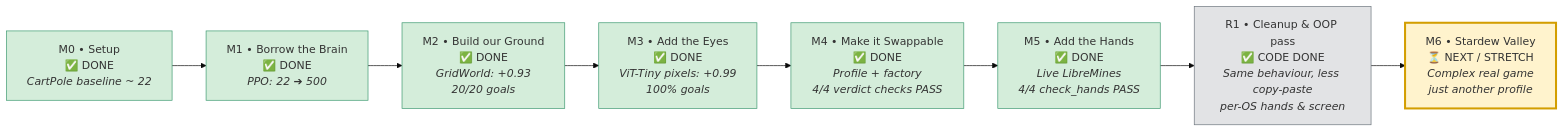
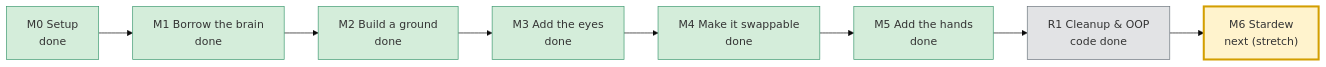
Before and after one commit to Showerss/GameTrainer: diagram 14 of 14 in docs/UML_FULL.md, drawn with Mermaid (base theme). The commit also changed other lines of this file and 36 other files, not shown here.

First line of the commit message:
R1 docs rewrite, UML truth pass, MIT license

````diff
--- a/docs/UML_FULL.md
+++ b/docs/UML_FULL.md
@@ -801,22 +1001,14 @@
 ```mermaid
 flowchart LR
-    M0["M0 • Setup<br/>✅ DONE<br/><i>CartPole baseline ~ 22</i>"]
-    M1["M1 • Borrow the Brain<br/>✅ DONE<br/><i>PPO: 22 ➔ 500</i>"]
-    M2["M2 • Build our Ground<br/>✅ DONE<br/><i>GridWorld: +0.93<br/>20/20 goals</i>"]
-    M3["M3 • Add the Eyes<br/>✅ DONE<br/><i>ViT-Tiny pixels: +0.99<br/>100% goals</i>"]
-    M4["M4 • Make it Swappable<br/>✅ DONE<br/><i>Profile + factory<br/>4/4 verdict checks PASS</i>"]
-    M5["M5 • Add the Hands<br/>✅ DONE<br/><i>Live LibreMines<br/>4/4 check_hands PASS</i>"]
-    R1["R1 • Cleanup & OOP pass<br/>✅ CODE DONE<br/><i>Same behaviour, less copy-paste<br/>per-OS hands & screen</i>"]
-    M6["M6 • Stardew Valley<br/>⏳ NEXT / STRETCH<br/><i>Complex real game<br/>just another profile</i>"]
-
-    M0 --> M1 --> M2 --> M3 --> M4 --> M5 --> R1 --> M6
+    M0["M0 Setup<br/>done"] --> M1["M1 Borrow the brain<br/>done"] --> M2["M2 Build a ground<br/>done"] --> M3["M3 Add the eyes<br/>done"]
+    M3 --> M4["M4 Make it swappable<br/>done"] --> M5["M5 Add the hands<br/>done"] --> R1["R1 Cleanup & OOP<br/>code done"] --> M6["M6 Stardew<br/>next (stretch)"]
 
     style M0 fill:#d4edda,stroke:#3d9970
     style M1 fill:#d4edda,stroke:#3d9970
     style M2 fill:#d4edda,stroke:#3d9970
     style M3 fill:#d4edda,stroke:#3d9970
     style M4 fill:#d4edda,stroke:#3d9970
     style M5 fill:#d4edda,stroke:#3d9970
     style R1 fill:#e2e3e5,stroke:#6c757d
     style M6 fill:#fff3cd,stroke:#d39e00,stroke-width:3px
 ```
````
